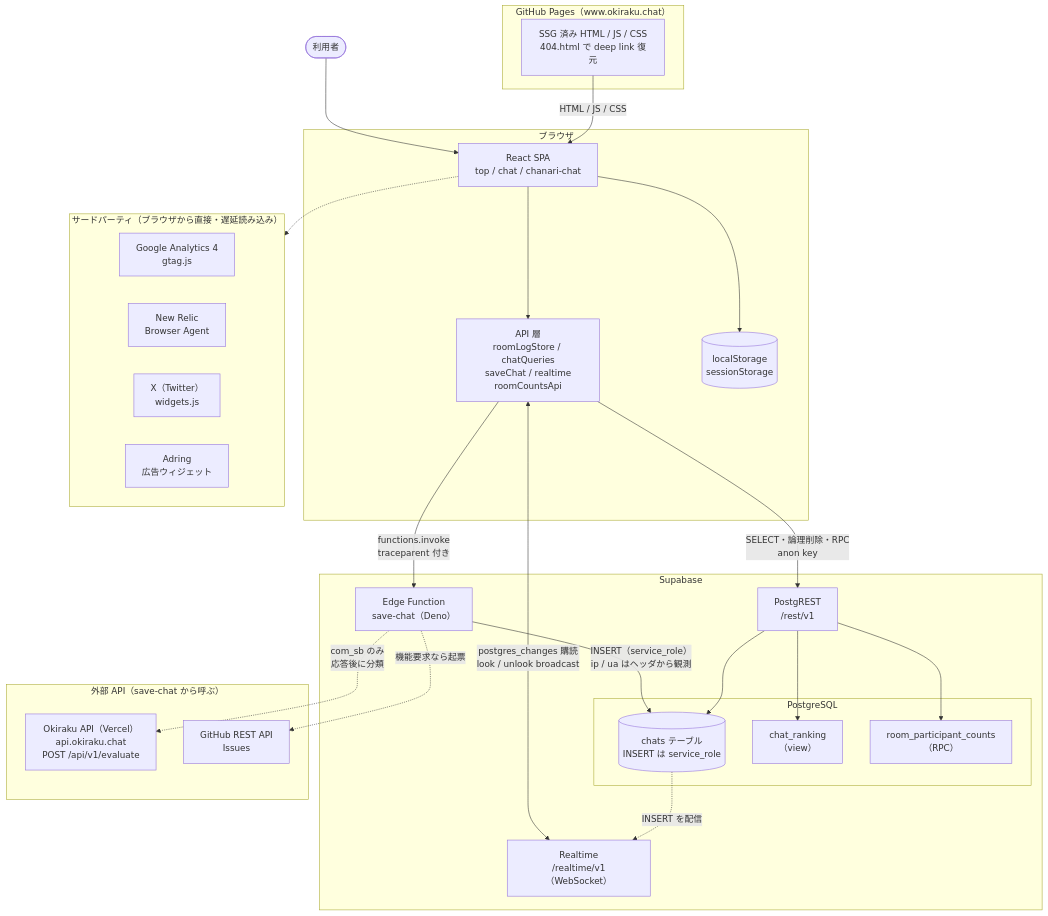
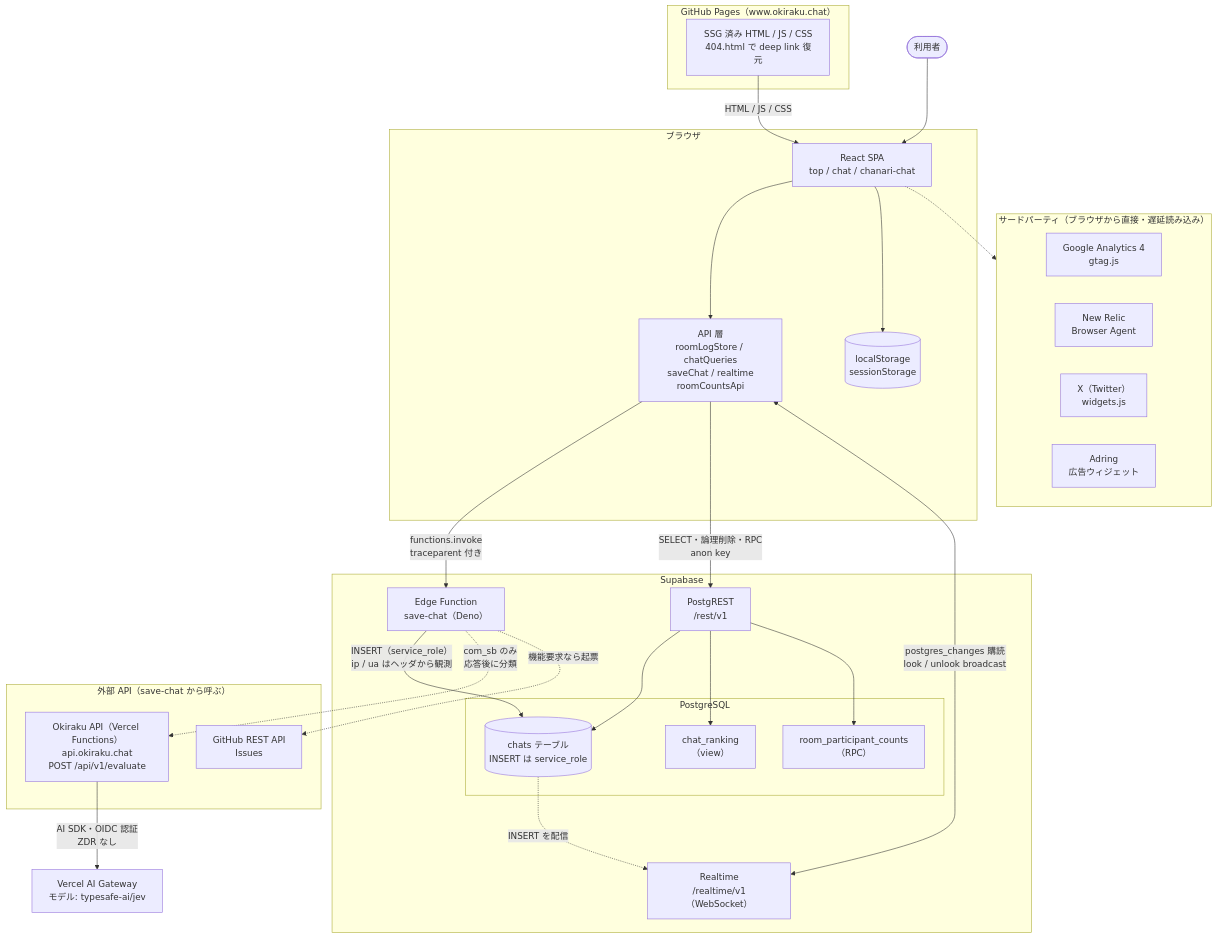
The first of 5 diagrams in docs/SYSTEM_ARCHITECTURE.md (isrnao/yui-chat-ts), drawn with Mermaid before and after one commit. The commit also changed other lines of this file, not shown here.

First line of the commit message:
docs: 構成図に Okiraku API の内部構成を追加

````diff
--- a/docs/SYSTEM_ARCHITECTURE.md
+++ b/docs/SYSTEM_ARCHITECTURE.md
@@ -21,53 +23,56 @@
 ```mermaid
 flowchart TB
   user(["利用者"])
 
   subgraph pages["GitHub Pages（www.okiraku.chat）"]
     static["SSG 済み HTML / JS / CSS<br/>404.html で deep link 復元"]
   end
 
   subgraph browser["ブラウザ"]
     spa["React SPA<br/>top / chat / chanari-chat"]
     apiLayer["API 層<br/>roomLogStore / chatQueries<br/>saveChat / realtime<br/>roomCountsApi"]
     storage[("localStorage<br/>sessionStorage")]
     spa --> apiLayer
     spa --> storage
   end
 
   subgraph embeds["サードパーティ（ブラウザから直接・遅延読み込み）"]
     ga["Google Analytics 4<br/>gtag.js"]
     nrBrowser["New Relic<br/>Browser Agent"]
     xWidget["X（Twitter）<br/>widgets.js"]
     adring["Adring<br/>広告ウィジェット"]
   end
 
   subgraph supa["Supabase"]
     fn["Edge Function<br/>save-chat（Deno）"]
     rest["PostgREST<br/>/rest/v1"]
     realtime["Realtime<br/>/realtime/v1（WebSocket）"]
     subgraph pg["PostgreSQL"]
       chats[("chats テーブル<br/>INSERT は service_role")]
       ranking["chat_ranking<br/>（view）"]
       counts["room_participant_counts<br/>（RPC）"]
     end
   end
 
   subgraph extApi["外部 API（save-chat から呼ぶ）"]
-    okiraku["Okiraku API（Vercel）<br/>api.okiraku.chat<br/>POST /api/v1/evaluate"]
+    okiraku["Okiraku API（Vercel Functions）<br/>api.okiraku.chat<br/>POST /api/v1/evaluate"]
     github["GitHub REST API<br/>Issues"]
   end
+
+  gateway["Vercel AI Gateway<br/>モデル: typesafe-ai/jev"]
 
   user --> spa
   static -->|"HTML / JS / CSS"| spa
   spa -.-> embeds
   apiLayer -->|"functions.invoke<br/>traceparent 付き"| fn
   apiLayer -->|"SELECT・論理削除・RPC<br/>anon key"| rest
   apiLayer <-->|"postgres_changes 購読<br/>look / unlook broadcast"| realtime
   fn -->|"INSERT（service_role）<br/>ip / ua はヘッダから観測"| chats
   rest --> chats
   rest --> ranking
   rest --> counts
   chats -.->|"INSERT を配信"| realtime
   fn -.->|"com_sb のみ<br/>応答後に分類"| okiraku
   fn -.->|"機能要求なら起票"| github
+  okiraku -->|"AI SDK・OIDC 認証<br/>ZDR なし"| gateway
 ```
````
